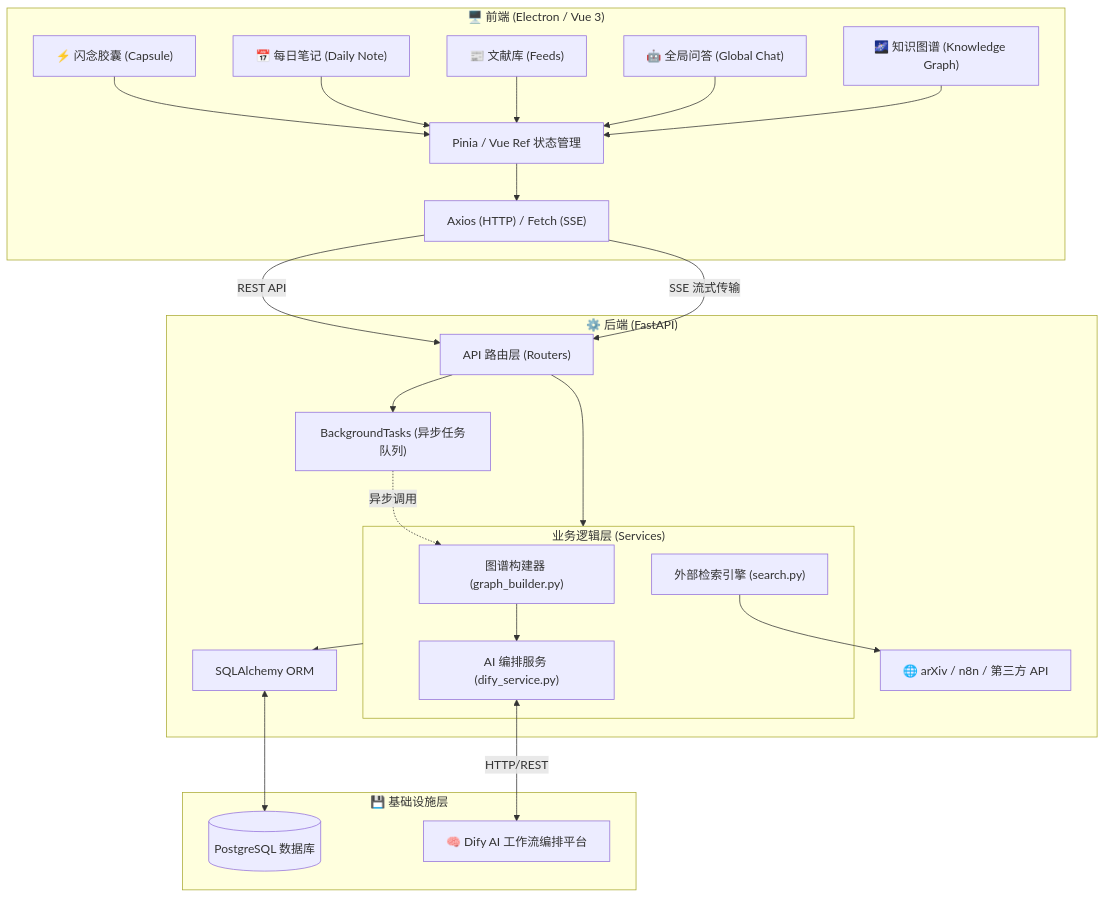
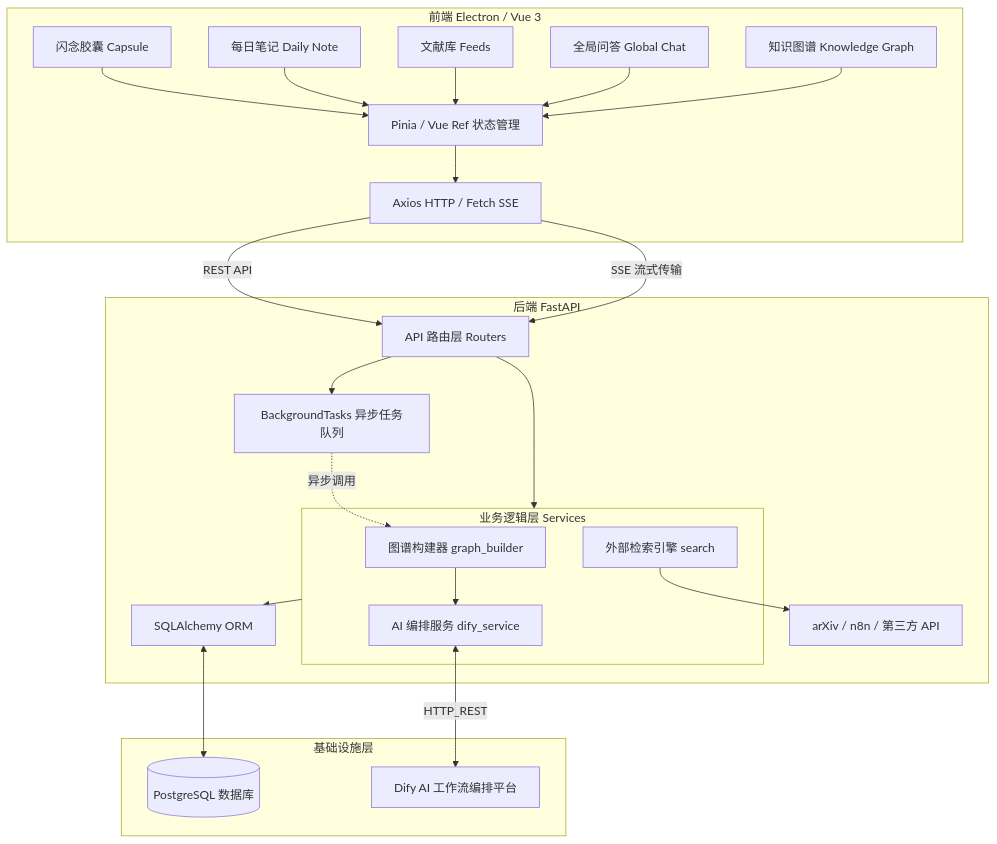
One commit to lisongjianustc/InsightGraph changed the first of 7 diagrams in Project_Documentation.md. Above: the diagram before and after it, drawn with Mermaid. The commit also changed other lines of this file, not shown here.

Commit message:
docs: completely sanitize all mermaid diagrams by removing quotes, brackets, parentheses, colons, and special characters from node and edge labels to ensure maximum compatibility with strict markdown parsers

````diff
--- a/Project_Documentation.md
+++ b/Project_Documentation.md
@@ -57,52 +57,52 @@
 ```mermaid
 graph TD
-    subgraph Frontend ["🖥️ 前端 (Electron / Vue 3)"]
-        UI_Capsule["⚡ 闪念胶囊 (Capsule)"]
-        UI_DailyNote["📅 每日笔记 (Daily Note)"]
-        UI_Feed["📰 文献库 (Feeds)"]
-        UI_Chat["🤖 全局问答 (Global Chat)"]
-        UI_Graph["🌌 知识图谱 (Knowledge Graph)"]
+    subgraph Frontend_Layer [前端 Electron / Vue 3]
+        UI_Capsule[闪念胶囊 Capsule]
+        UI_DailyNote[每日笔记 Daily Note]
+        UI_Feed[文献库 Feeds]
+        UI_Chat[全局问答 Global Chat]
+        UI_Graph[知识图谱 Knowledge Graph]
         
-        State["Pinia / Vue Ref 状态管理"]
-        Axios["Axios (HTTP) / Fetch (SSE)"]
+        State[Pinia / Vue Ref 状态管理]
+        Axios[Axios HTTP / Fetch SSE]
         
         UI_Capsule --> State
         UI_DailyNote --> State
         UI_Feed --> State
         UI_Chat --> State
         UI_Graph --> State
         State --> Axios
     end
 
-    subgraph Backend ["⚙️ 后端 (FastAPI)"]
-        API_Router["API 路由层 (Routers)"]
+    subgraph Backend_Layer [后端 FastAPI]
+        API_Router[API 路由层 Routers]
         
-        subgraph Services ["业务逻辑层 (Services)"]
-            Service_Graph["图谱构建器 (graph_builder.py)"]
-            Service_Dify["AI 编排服务 (dify_service.py)"]
-            Service_Search["外部检索引擎 (search.py)"]
+        subgraph Services_Layer [业务逻辑层 Services]
+            Service_Graph[图谱构建器 graph_builder]
+            Service_Dify[AI 编排服务 dify_service]
+            Service_Search[外部检索引擎 search]
         end
         
-        ORM["SQLAlchemy ORM"]
-        BG_Tasks["BackgroundTasks (异步任务队列)"]
+        ORM[SQLAlchemy ORM]
+        BG_Tasks[BackgroundTasks 异步任务队列]
         
-        API_Router --> Services
+        API_Router --> Services_Layer
         API_Router --> BG_Tasks
-        BG_Tasks -.->|"异步调用"| Service_Graph
+        BG_Tasks -.->|异步调用| Service_Graph
         Service_Graph --> Service_Dify
         Service_Search --> External_API
-        Services --> ORM
+        Services_Layer --> ORM
     end
 
-    subgraph Infrastructure ["💾 基础设施层"]
-        DB[("PostgreSQL 数据库")]
-        Dify["🧠 Dify AI 工作流编排平台"]
-        External_API["🌐 arXiv / n8n / 第三方 API"]
+    subgraph Infrastructure_Layer [基础设施层]
+        DB[(PostgreSQL 数据库)]
+        Dify[Dify AI 工作流编排平台]
+        External_API[arXiv / n8n / 第三方 API]
     end
 
-    Axios -->|"REST API"| API_Router
-    Axios -->|"SSE 流式传输"| API_Router
+    Axios -->|REST API| API_Router
+    Axios -->|SSE 流式传输| API_Router
     
     ORM <--> DB
-    Service_Dify <-->|"HTTP/REST"| Dify
+    Service_Dify <-->|HTTP_REST| Dify
 ```
````
